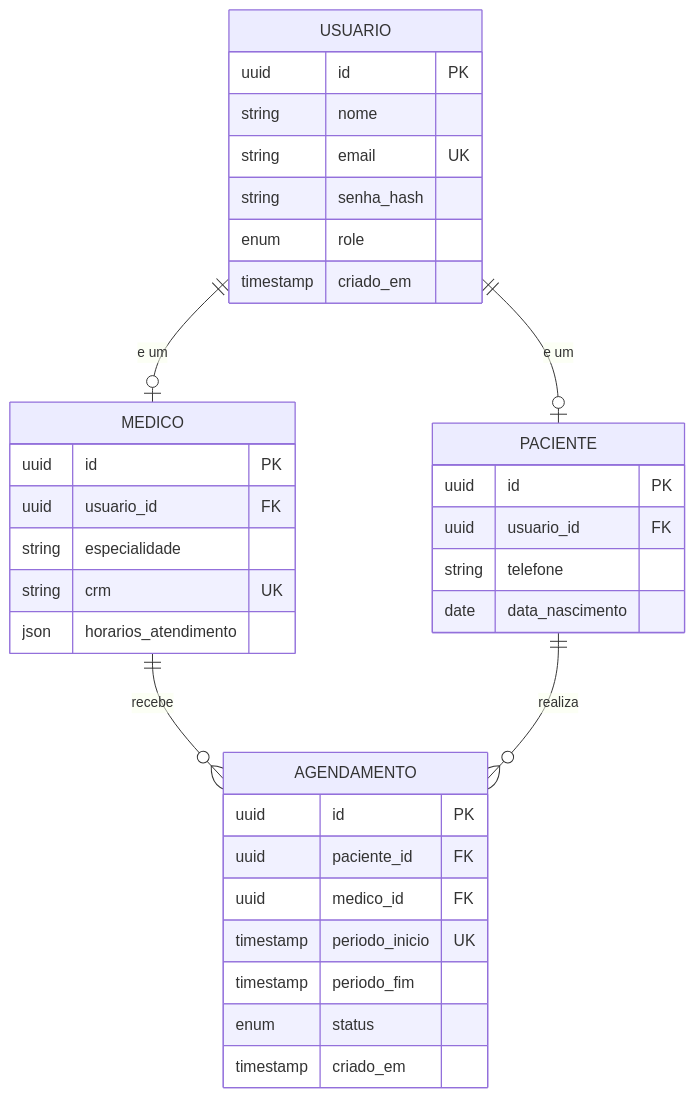
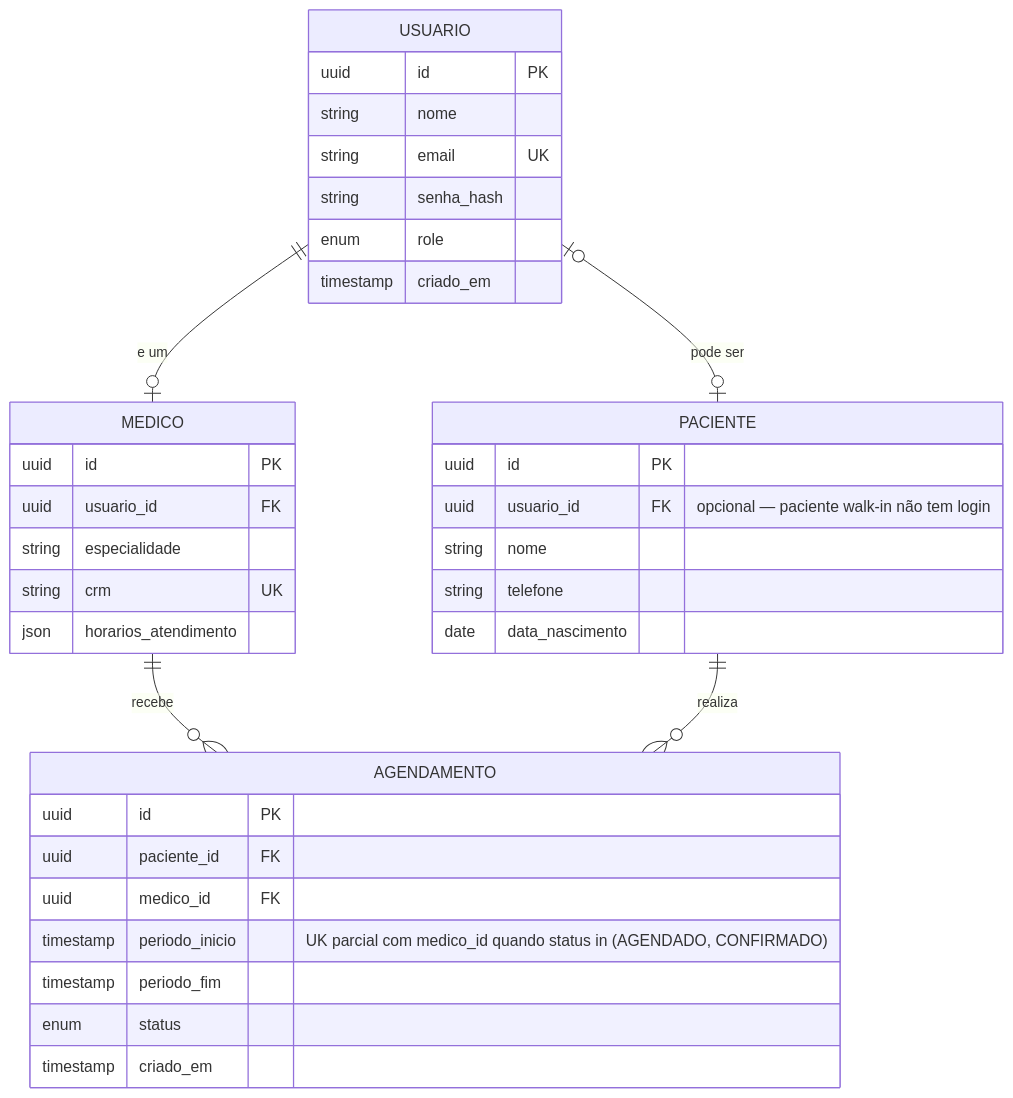
Before and after one commit to vitorbansen/Portifolio-MedSync: the seventh of 8 diagrams in README.md, drawn with Mermaid. The commit also changed other lines of this file and 110 other files, not shown here.

````diff
--- a/README.md
+++ b/README.md
@@ -504,41 +507,42 @@
 ```mermaid
 erDiagram
     USUARIO ||--o| MEDICO : "e um"
-    USUARIO ||--o| PACIENTE : "e um"
+    USUARIO |o--o| PACIENTE : "pode ser"
     MEDICO ||--o{ AGENDAMENTO : "recebe"
     PACIENTE ||--o{ AGENDAMENTO : "realiza"
 
     USUARIO {
         uuid id PK
         string nome
         string email UK
         string senha_hash
         enum role
         timestamp criado_em
     }
 
     MEDICO {
         uuid id PK
         uuid usuario_id FK
         string especialidade
         string crm UK
         json horarios_atendimento
     }
 
     PACIENTE {
         uuid id PK
-        uuid usuario_id FK
+        uuid usuario_id FK "opcional — paciente walk-in não tem login"
+        string nome
         string telefone
         date data_nascimento
     }
 
     AGENDAMENTO {
         uuid id PK
         uuid paciente_id FK
         uuid medico_id FK
-        timestamp periodo_inicio UK
+        timestamp periodo_inicio "UK parcial com medico_id quando status in (AGENDADO, CONFIRMADO)"
         timestamp periodo_fim
         enum status
         timestamp criado_em
     }
 ```
````
